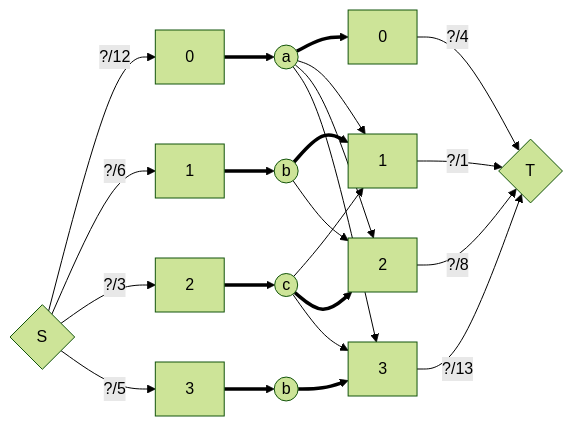
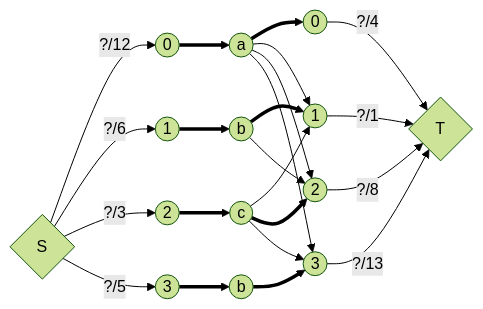
One commit to bfeitknecht/vault changed the second of 2 diagrams in vault/sem2/AuW/UE/cx/bf/cx09-bf.md. Above: the diagram before and after it, drawn with Mermaid (forest theme).

Commit message:
vault backup: 2024-05-19 13:38:30 from MacBook Pro (echo)
Affected files:
vault/sem2/AuW/UE/cx/bf/cx09-bf.md

````diff
--- a/vault/sem2/AuW/UE/cx/bf/cx09-bf.md
+++ b/vault/sem2/AuW/UE/cx/bf/cx09-bf.md
@@ -27,49 +27,92 @@
 idF{"S"}
 idT{"T"}
 
+  
+
 %% from
-idf0[0]
-idf1[1]
-idf2[2]
-idf3[3]
+
+idf0((0))
+
+idf1((1))
+
+idf2((2))
+
+idf3((3))
+
+  
 
 %% to
-idt0[0]
-idt1[1]
-idt2[2]
-idt3[3]
+
+idt0((0))
+
+idt1((1))
+
+idt2((2))
+
+idt3((3))
+
+  
 
 %% variety
+
 id0a((a))
+
 id1b((b))
+
 id2c((c))
+
 id3b((b))
+
+  
 
 %%%%%%%%%%%%%%%%%%%%%%%%%%%%%%%%%%%%%%%%%%%%
 
+  
+
 idF -->|"?/12"| idf0
+
 idF -->|"?/6"| idf1
+
 idF -->|"?/3"| idf2
+
 idF -->|"?/5"| idf3
 
+  
+
 idt0 -->|"?/4"| idT
+
 idt1 -->|"?/1"| idT
+
 idt2 -->|"?/8"| idT
+
 idt3 -->|"?/13"| idT
 
+  
+  
 
 idf0 ==> id0a ==> idt0
 
+  
+
 id0a --> idt1
+
 idf1 ==> id1b ==> idt1
+
 id2c --> idt1
 
+  
+
 id0a --> idt2
+
 id1b --> idt2
+
 idf2 ==> id2c ==> idt2
 
+  
+
 id0a --> idt3
+
 idf3 ==> id3b ==> idt3
+
 id2c --> idt3
-
 ```
````
